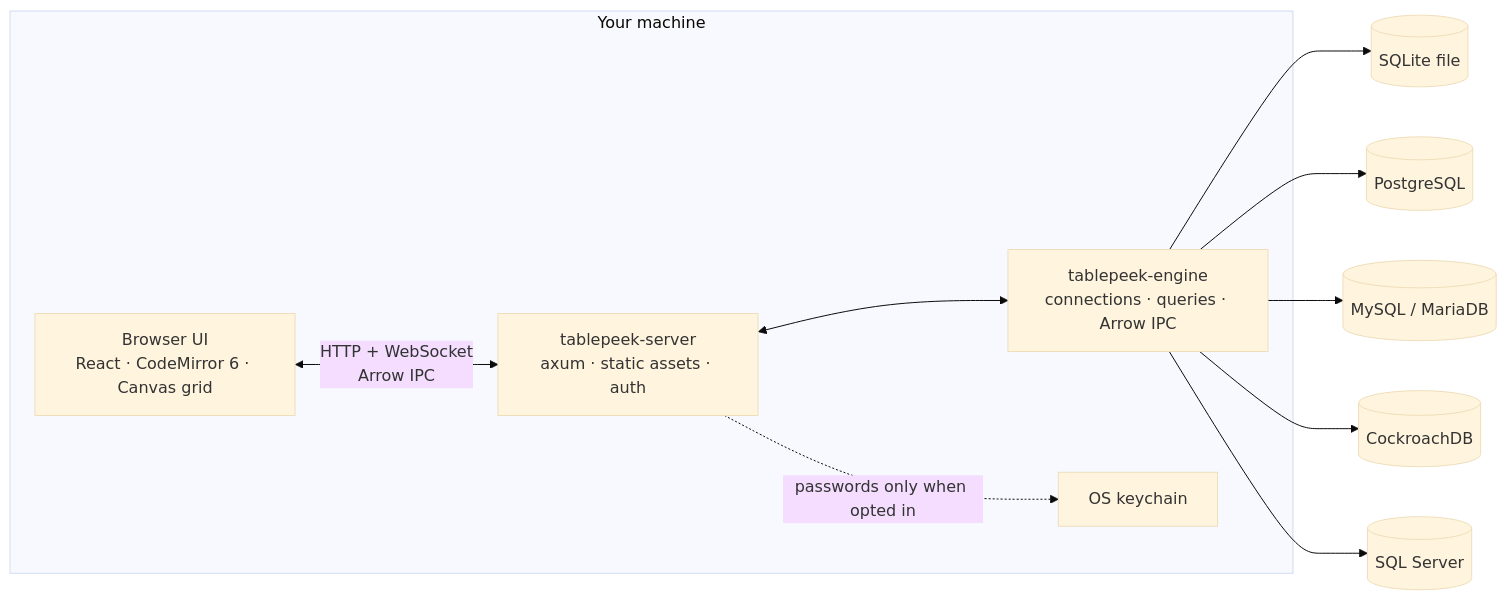
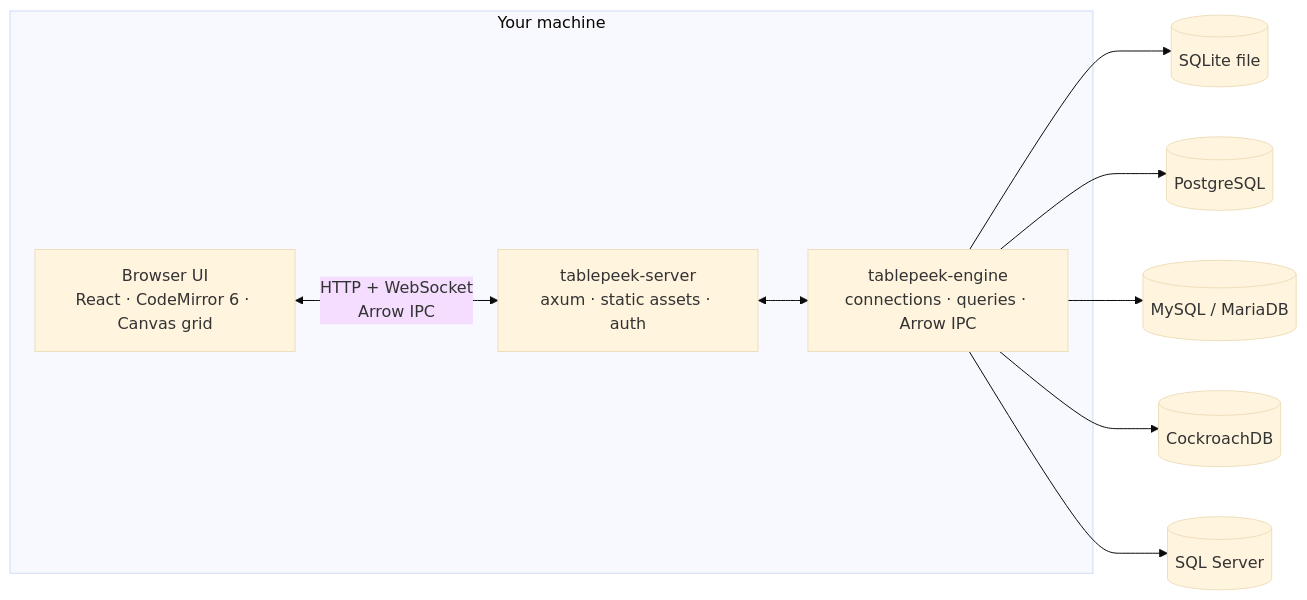
One commit to Extransload/TablePeek changed the diagram in README.md. Above: the diagram before and after it, drawn with Mermaid (base theme). The commit also changed other lines of this file and 16 other files, not shown here.

````diff
--- a/README.md
+++ b/README.md
@@ -212,19 +212,16 @@
 ```mermaid
 flowchart LR
   subgraph Machine["Your machine"]
     UI["Browser UI<br/>React · CodeMirror 6 · Canvas grid"]
     SERVER["tablepeek-server<br/>axum · static assets · auth"]
     ENGINE["tablepeek-engine<br/>connections · queries · Arrow IPC"]
-    KEYCHAIN["OS keychain"]
-
     UI <-->|"HTTP + WebSocket<br/>Arrow IPC"| SERVER
     SERVER <--> ENGINE
-    SERVER -.->|"passwords only when opted in"| KEYCHAIN
   end
 
   ENGINE --> SQLITE[("SQLite file")]
   ENGINE --> PG[("PostgreSQL")]
   ENGINE --> MYSQL[("MySQL / MariaDB")]
   ENGINE --> CRDB[("CockroachDB")]
   ENGINE --> MSSQL[("SQL Server")]
 ```
````
